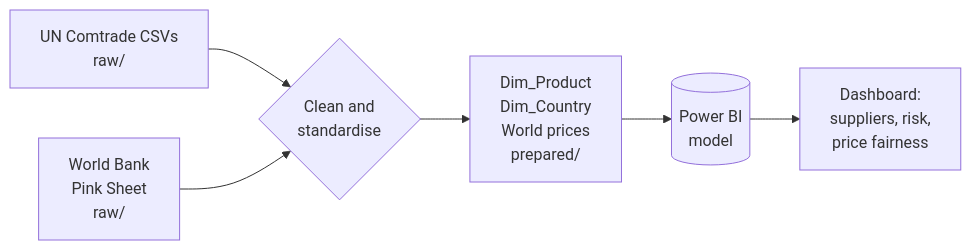
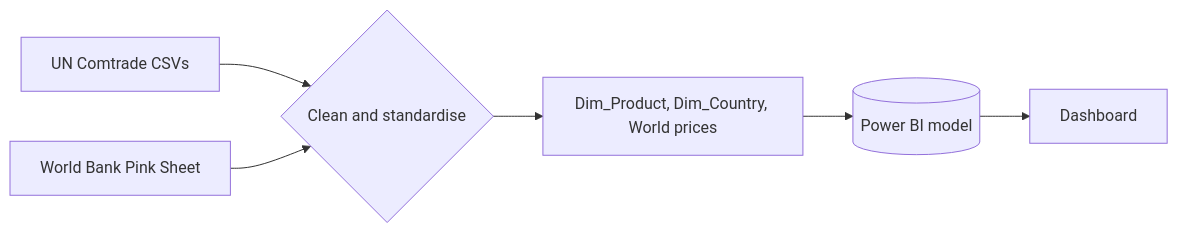
The diagram in README.md (hiba-chaabouni/tunisia-food-import-dependency), drawn with Mermaid before and after one commit. The commit also changed other lines of this file, not shown here.

````diff
--- a/README.md
+++ b/README.md
@@ -136,8 +84,8 @@
 ```mermaid
 flowchart LR
-    A[UN Comtrade CSVs<br/>raw/] --> C{Clean and<br/>standardise}
-    B[World Bank<br/>Pink Sheet<br/>raw/] --> C
-    C --> D[Dim_Product<br/>Dim_Country<br/>World prices<br/>prepared/]
-    D --> E[(Power BI<br/>model)]
-    E --> F[Dashboard:<br/>suppliers, risk,<br/>price fairness]
+    A[UN Comtrade CSVs] --> C{Clean and standardise}
+    B[World Bank Pink Sheet] --> C
+    C --> D[Dim_Product, Dim_Country, World prices]
+    D --> E[(Power BI model)]
+    E --> F[Dashboard]
 ```
````
